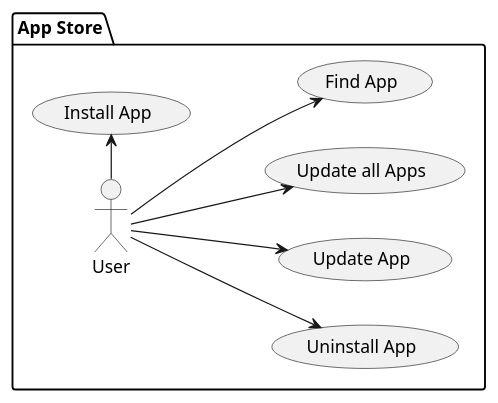
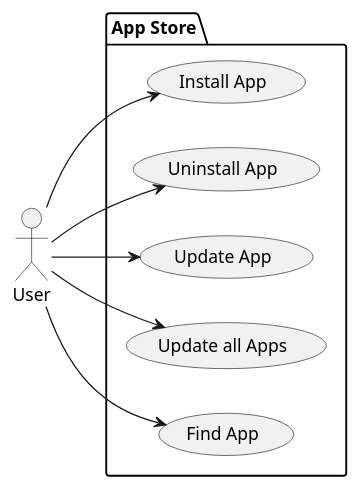
The diagram in src/appstore_usecases.puml (notfirefox/swea-project), drawn with PlantUML before and after one commit.

Commit message:
Fix use case diagram

```diff
--- a/src/appstore_usecases.puml
+++ b/src/appstore_usecases.puml
@@ -1,20 +1,21 @@
 @startuml
+
+actor User as user
 
 package "App Store" {
     left to right direction
-    actor User as user
 
     usecase "Install App" as install
     usecase "Uninstall App" as uninstall
     usecase "Update App" as update
     usecase "Update all Apps" as updateAll
     usecase "Find App" as findApp
 
     user -> install
     user --> uninstall
     user --> update
     user --> updateAll
     user --> findApp
 }
 
 @enduml
```
